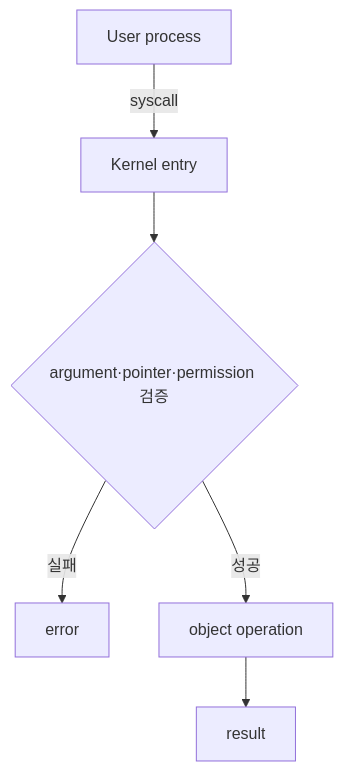
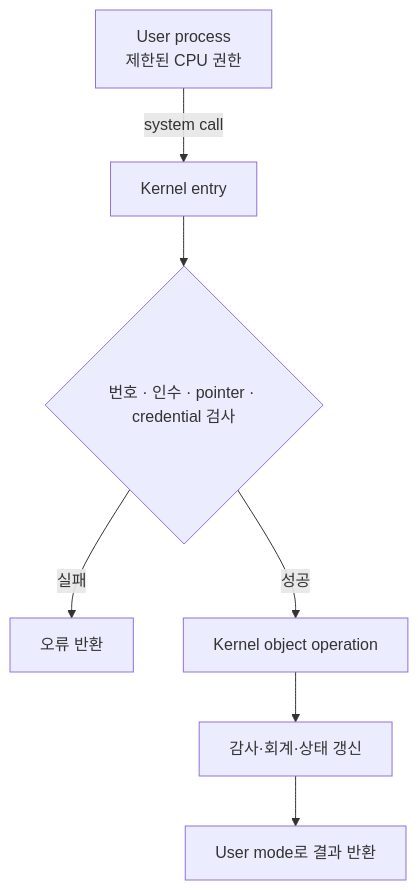
The first of 2 diagrams in learning/operating-systems/10-protection-and-virtualization.md (mj006648/netai-devsecops-runbook), drawn with Mermaid before and after one commit. The commit also changed other lines of this file and 165 other files, not shown here.

````diff
--- a/learning/operating-systems/10-protection-and-virtualization.md
+++ b/learning/operating-systems/10-protection-and-virtualization.md
@@ -19,8 +33,9 @@
 ```mermaid
 flowchart TD
-    U[User process] -->|syscall| G[Kernel entry]
-    G --> V{argument·pointer·permission 검증}
-    V -->|실패| E[error]
-    V -->|성공| O[object operation]
-    O --> R[result]
+    U[User process<br/>제한된 CPU 권한] -->|system call| E[Kernel entry]
+    E --> V{번호 · 인수 · pointer · credential 검사}
+    V -->|실패| X[오류 반환]
+    V -->|성공| O[Kernel object operation]
+    O --> A[감사·회계·상태 갱신]
+    A --> R[User mode로 결과 반환]
 ```
````
